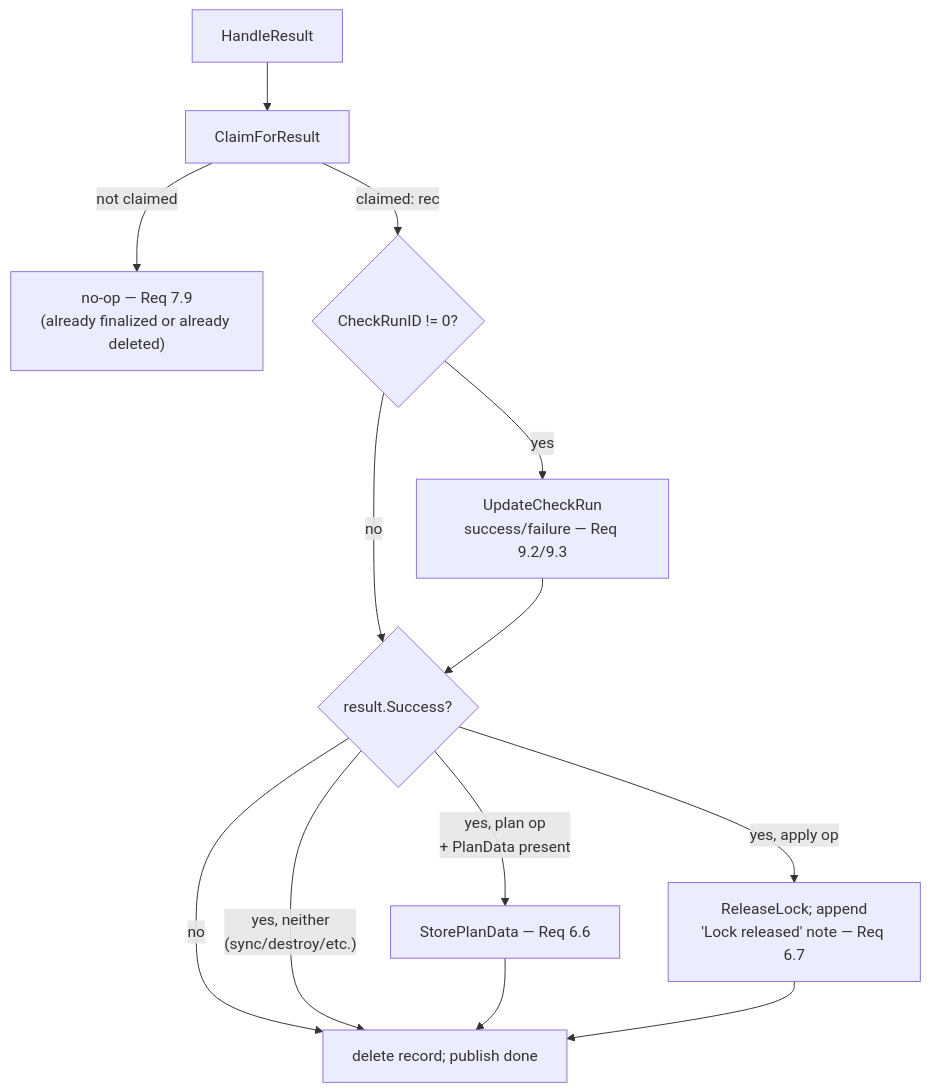
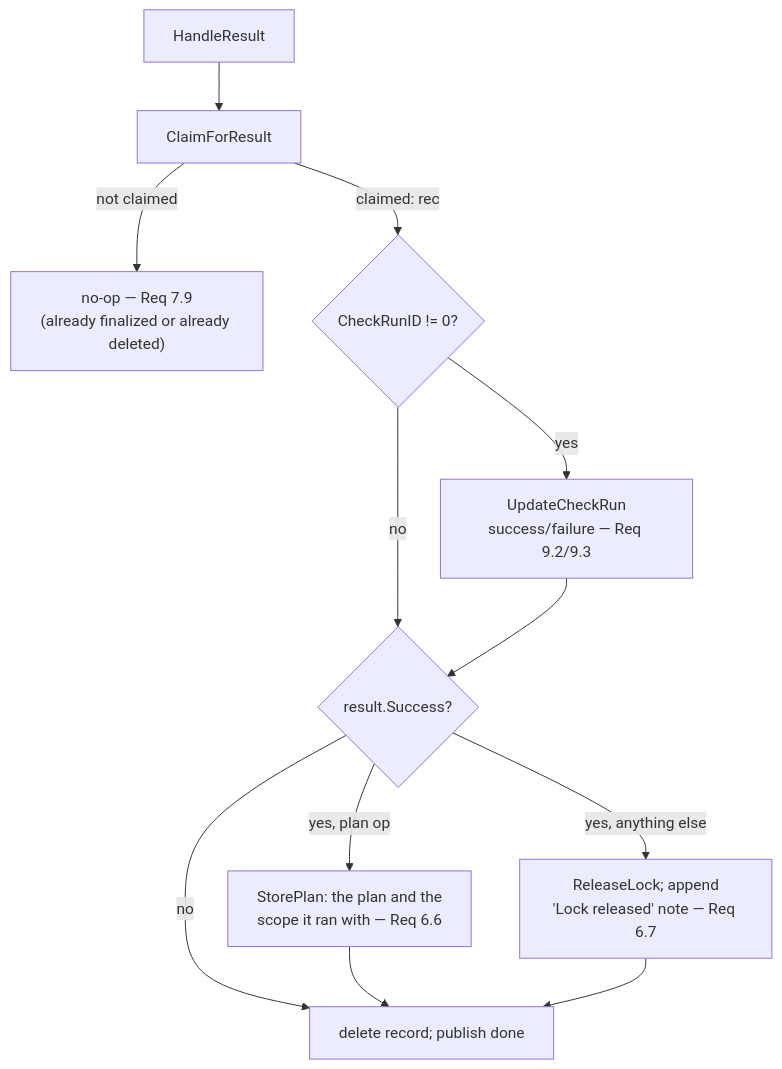
Before and after one commit to ivanvc/turnip: the fourth of 5 diagrams in .kiro/specs/server-orchestration/design.md, drawn with Mermaid. The commit also changed other lines of this file and 14 other files, not shown here.

Commit message:
refactor: remove deadcode from plan data

````diff
--- a/.kiro/specs/server-orchestration/design.md
+++ b/.kiro/specs/server-orchestration/design.md
@@ -590,15 +589,14 @@
 ```mermaid
 flowchart TD
     A[HandleResult] --> B[ClaimForResult]
     B -->|not claimed| Z["no-op — Req 7.9\n(already finalized or already deleted)"]
     B -->|"claimed: rec"| C{CheckRunID != 0?}
     C -->|yes| D["UpdateCheckRun\nsuccess/failure — Req 9.2/9.3"]
     C -->|no| E
     D --> E{result.Success?}
     E -->|no| H[delete record; publish done]
-    E -->|"yes, plan op\n+ PlanData present"| F["StorePlanData — Req 6.6"]
-    E -->|yes, apply op| G["ReleaseLock; append\n'Lock released' note — Req 6.7"]
-    E -->|"yes, neither\n(sync/destroy/etc.)"| H
+    E -->|"yes, plan op"| F["StorePlan: the plan and the\nscope it ran with — Req 6.6"]
+    E -->|"yes, anything else"| G["ReleaseLock; append\n'Lock released' note — Req 6.7"]
     F --> H
     G --> H
 ```
````
